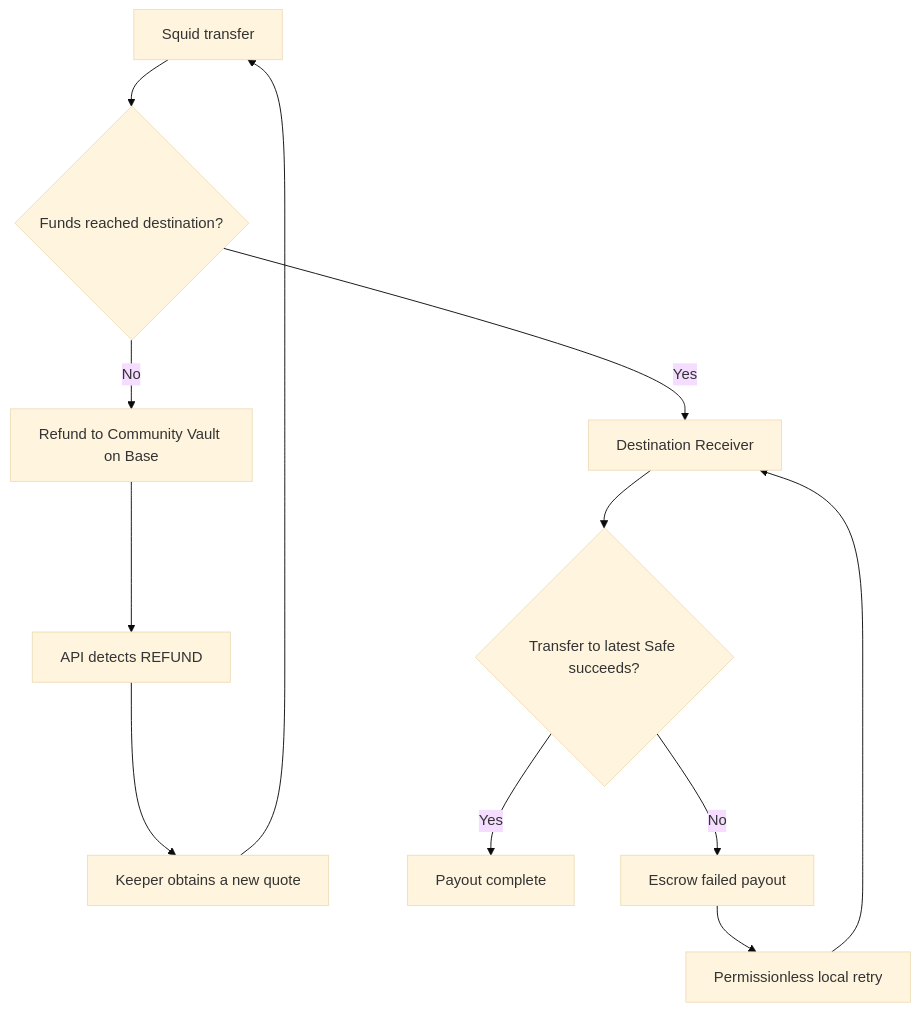
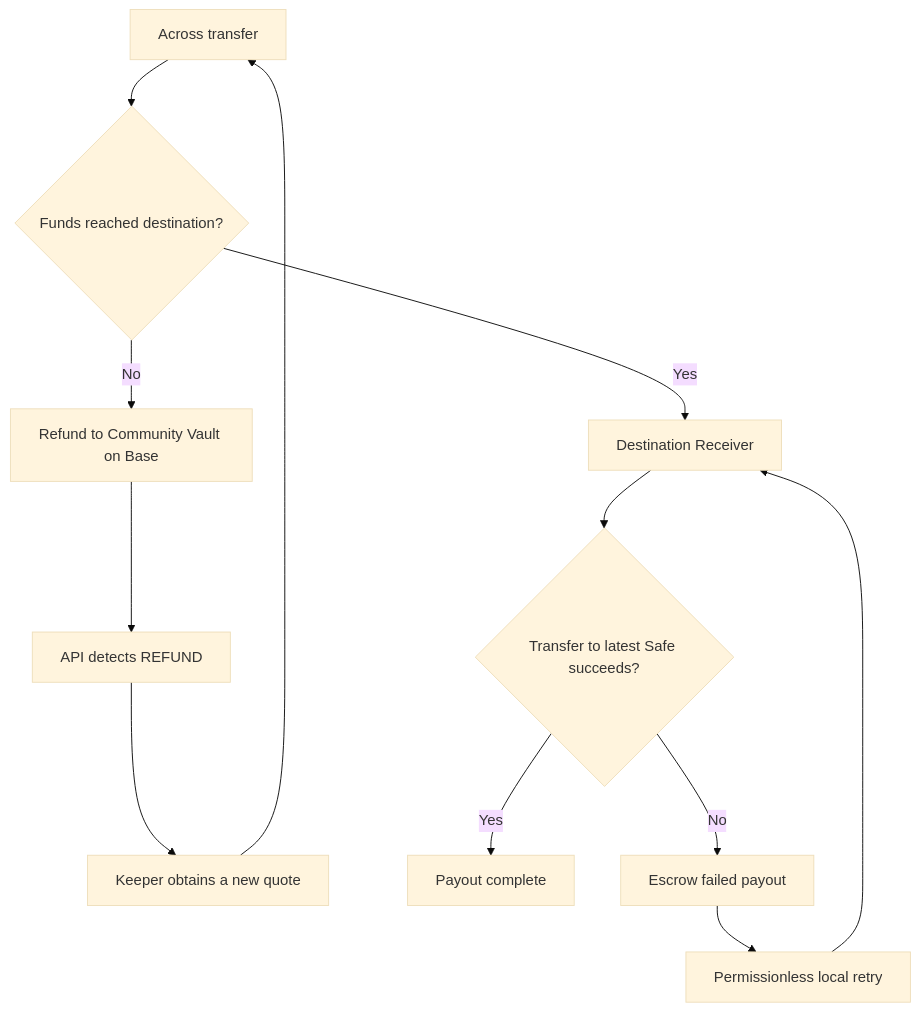
One commit to 1Hive/gardens-v2 changed the fourth of 4 diagrams in plans/MARKEE_INTEGRATION_PLAN.md. Above: the diagram before and after it, drawn with Mermaid (base theme). The commit also changed other lines of this file and 30 other files, not shown here.

````diff
--- a/plans/MARKEE_INTEGRATION_PLAN.md
+++ b/plans/MARKEE_INTEGRATION_PLAN.md
@@ -250,15 +250,15 @@
 ```mermaid
 flowchart TD
-    Start["Squid transfer"] --> Arrived{"Funds reached destination?"}
+    Start["Across transfer"] --> Arrived{"Funds reached destination?"}
     Arrived -->|"No"| Refund["Refund to Community Vault on Base"]
     Refund --> Detect["API detects REFUND"]
     Detect --> Requote["Keeper obtains a new quote"]
     Requote --> Start
 
     Arrived -->|"Yes"| Receiver["Destination Receiver"]
     Receiver --> SafeCall{"Transfer to latest Safe succeeds?"}
     SafeCall -->|"Yes"| Complete["Payout complete"]
     SafeCall -->|"No"| Escrow["Escrow failed payout"]
     Escrow --> Retry["Permissionless local retry"]
     Retry --> Receiver
 ```
````
